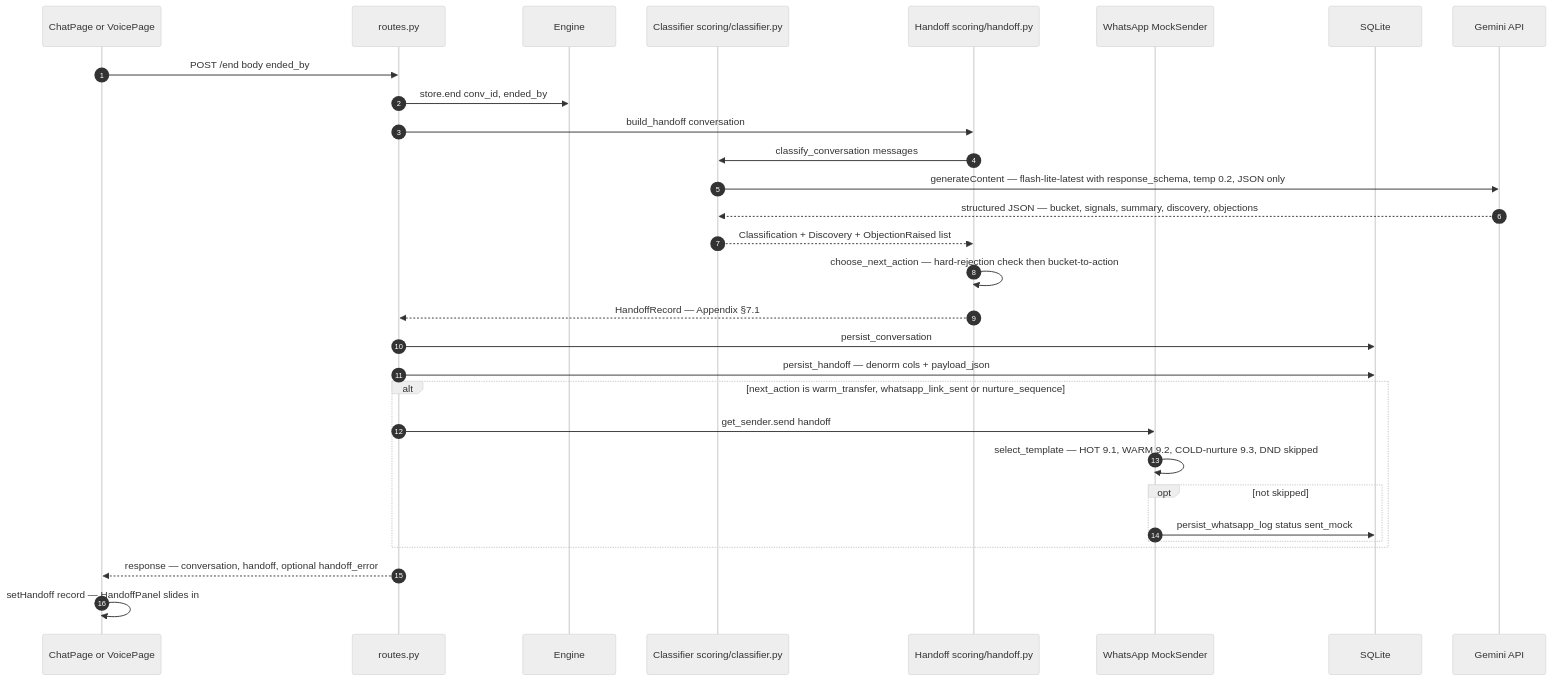
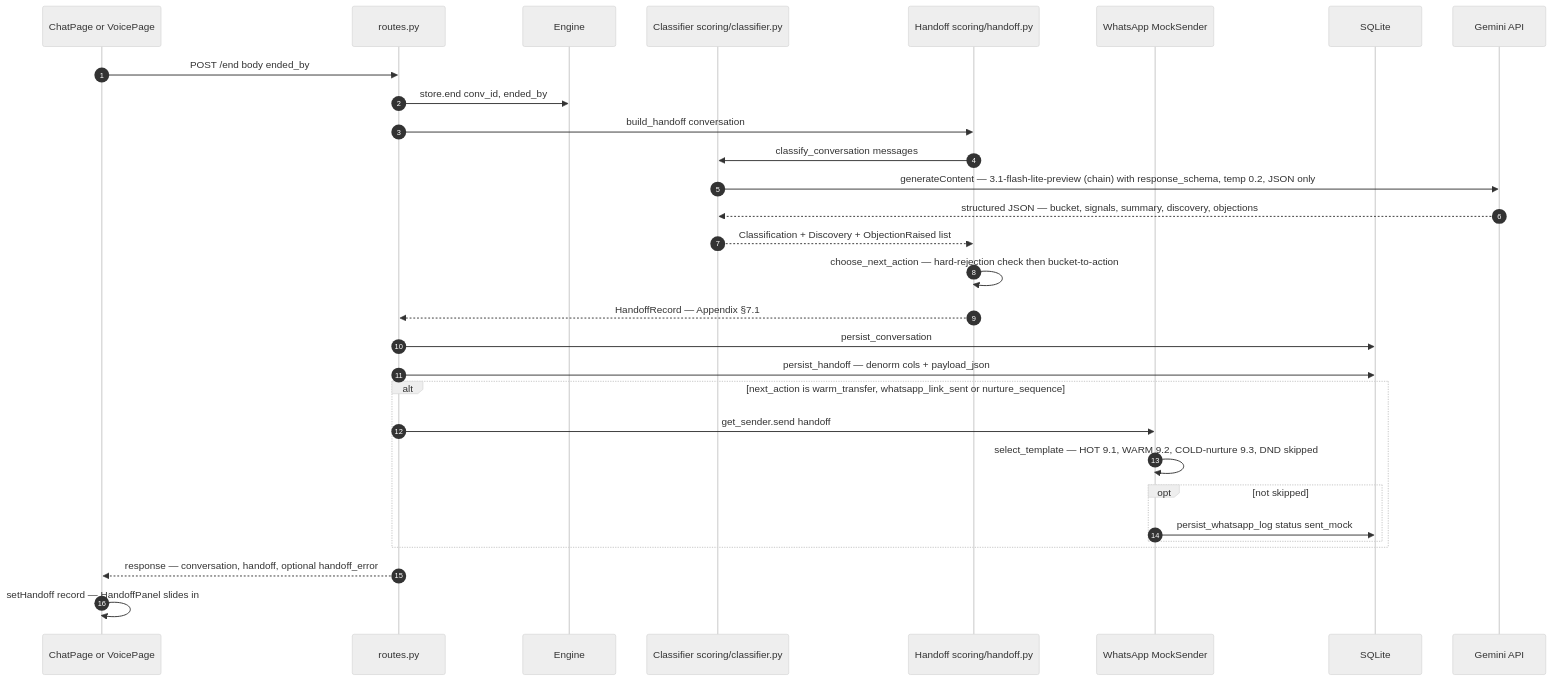
Before and after one commit to AmanG-04/rupeezy-voice-agent: the fourth of 10 diagrams in ARCHITECTURE.md, drawn with Mermaid (neutral theme). The commit also changed other lines of this file and 3 other files, not shown here.

````diff
--- a/ARCHITECTURE.md
+++ b/ARCHITECTURE.md
@@ -200,33 +204,33 @@
 ```mermaid
 sequenceDiagram
     autonumber
     participant F as ChatPage or VoicePage
     participant B as routes.py
     participant E as Engine
     participant CL as Classifier scoring/classifier.py
     participant H as Handoff scoring/handoff.py
     participant W as WhatsApp MockSender
     participant DB as SQLite
     participant G as Gemini API
 
     F->>B: POST /end body ended_by
     B->>E: store.end conv_id, ended_by
     B->>H: build_handoff conversation
     H->>CL: classify_conversation messages
-    CL->>G: generateContent — flash-lite-latest with response_schema, temp 0.2, JSON only
+    CL->>G: generateContent — 3.1-flash-lite-preview (chain) with response_schema, temp 0.2, JSON only
     G-->>CL: structured JSON — bucket, signals, summary, discovery, objections
     CL-->>H: Classification + Discovery + ObjectionRaised list
     H->>H: choose_next_action — hard-rejection check then bucket-to-action
     H-->>B: HandoffRecord — Appendix §7.1
     B->>DB: persist_conversation
     B->>DB: persist_handoff — denorm cols + payload_json
     alt next_action is warm_transfer, whatsapp_link_sent or nurture_sequence
         B->>W: get_sender.send handoff
         W->>W: select_template — HOT 9.1, WARM 9.2, COLD-nurture 9.3, DND skipped
         opt not skipped
             W->>DB: persist_whatsapp_log status sent_mock
         end
     end
     B-->>F: response — conversation, handoff, optional handoff_error
     F->>F: setHandoff record — HandoffPanel slides in
 ```
````
